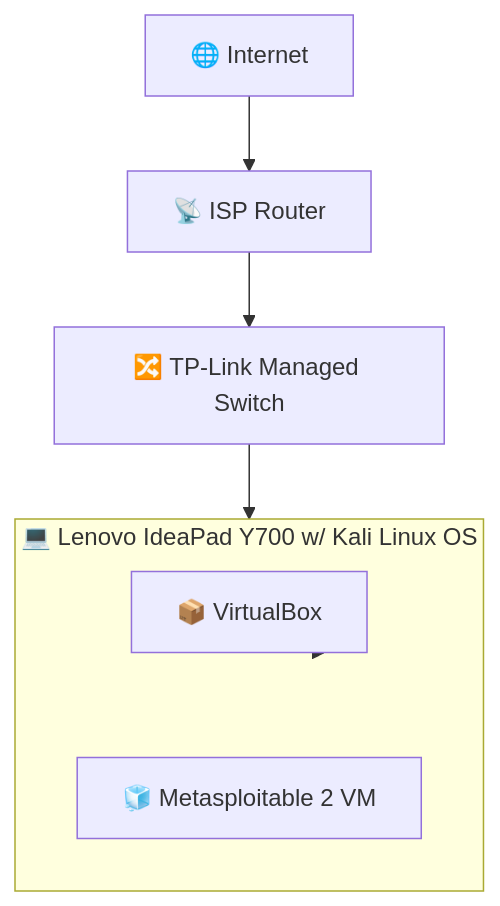
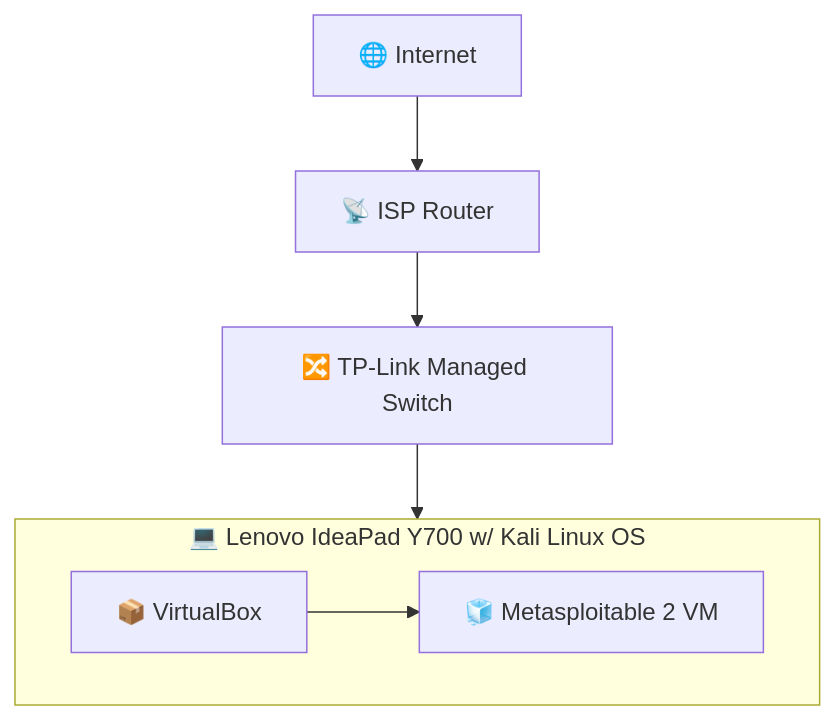
One commit to earnesttavares/HomeCyberLab_Kyanite changed the diagram in README.md. Above: the diagram before and after it, drawn with Mermaid.

Commit message:
Update network diagram in README.md

````diff
--- a/README.md
+++ b/README.md
@@ -49,19 +49,16 @@
 ```mermaid
 flowchart TD
     Internet["🌐 Internet"]
     Router["📡 ISP Router"]
     Switch["🔀 TP-Link Managed Switch"]
 
     Internet --> Router
     Router --> Switch
 
-    Switch --> Laptop["💻 Lenovo IdeaPad Y700"]
-
-    subgraph Laptop ["💻 Lenovo IdeaPad Y700 w/ Kali Linux OS"]
+    subgraph Host["💻 Lenovo IdeaPad Y700 w/ Kali Linux OS"]
         direction LR
-        VBox["📦 VirtualBox"]
-        VM["🧊 Metasploitable 2 VM"]
+        VBox["📦 VirtualBox"] --> VM["🧊 Metasploitable 2 VM"]
     end
 
-    Laptop --> VBox
+    Switch --> VBox
 ```
````
